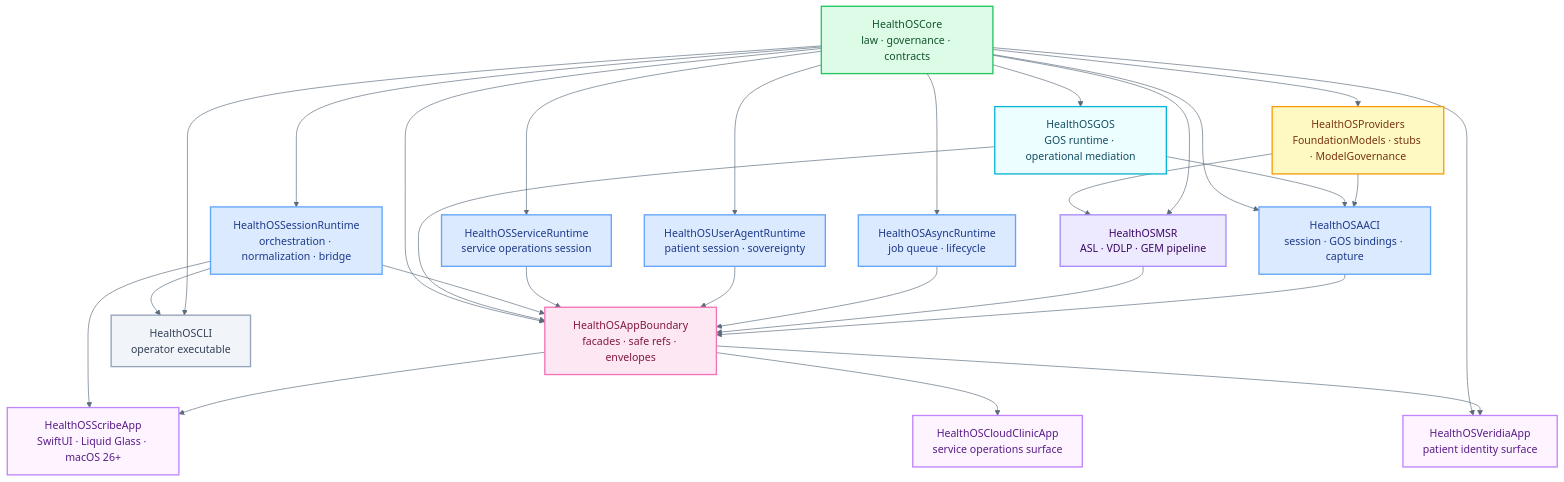
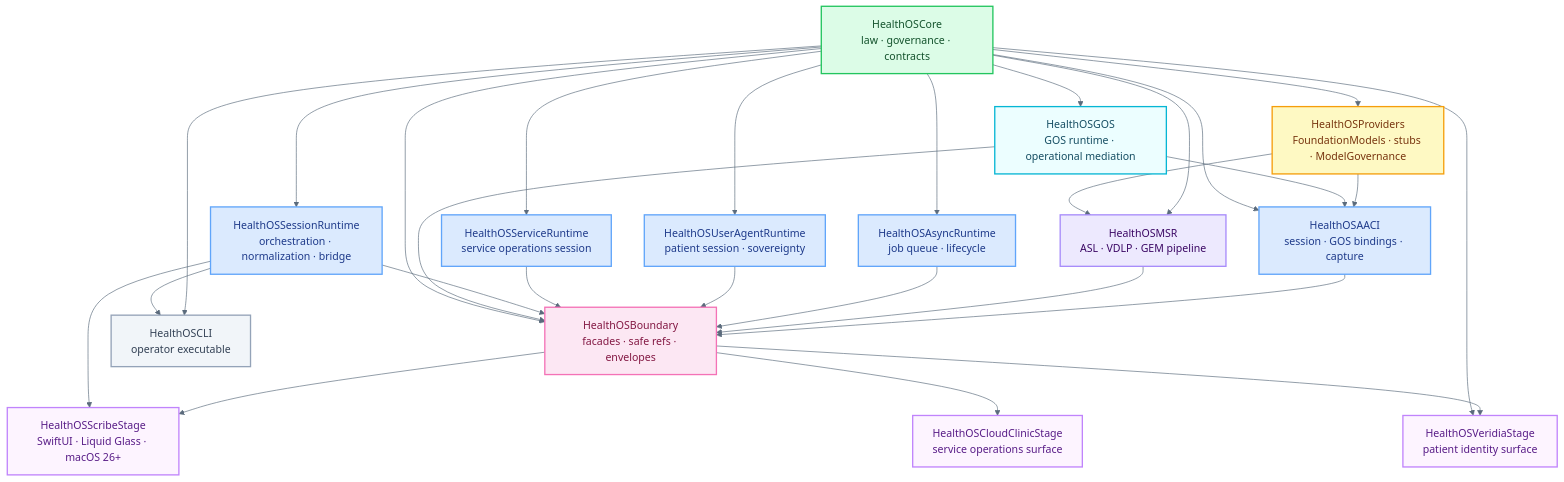
The diagram in swift/README.md (myselfgus/HealthOScaffold), drawn with Mermaid before and after one commit. The commit also changed other lines of this file and 104 other files, not shown here.

Commit message:
Rename Boundary and Stage targets

````diff
--- a/swift/README.md
+++ b/swift/README.md
@@ -14,41 +14,41 @@
 ```mermaid
 %%{init: {'theme': 'base', 'themeVariables': {'primaryColor': '#F6F8FB', 'primaryBorderColor': '#D6DEE8', 'primaryTextColor': '#1D2733', 'clusterBkg': '#FFFFFF', 'clusterBorder': '#D6DEE8', 'lineColor': '#5B6B7C', 'edgeLabelBackground': '#F6F8FB', 'fontFamily': 'ui-rounded, -apple-system, BlinkMacSystemFont, sans-serif'}}}%%
 graph TD
     classDef core     fill:#dcfce7,stroke:#22c55e,stroke-width:2px,color:#14532d
     classDef runtime  fill:#dbeafe,stroke:#60a5fa,stroke-width:2px,color:#1e3a8a
     classDef gos      fill:#ecfeff,stroke:#06b6d4,stroke-width:2px,color:#164e63
     classDef provider fill:#fef9c3,stroke:#f59e0b,stroke-width:2px,color:#78350f
     classDef msr      fill:#ede9fe,stroke:#a78bfa,stroke-width:2px,color:#3b0764
     classDef boundary fill:#fce7f3,stroke:#f472b6,stroke-width:2px,color:#831843
     classDef app      fill:#fdf4ff,stroke:#c084fc,stroke-width:2px,color:#581c87
     classDef cli      fill:#f1f5f9,stroke:#94a3b8,stroke-width:2px,color:#334155
 
     CORE[HealthOSCore\nlaw · governance · contracts]:::core
 
     PROV[HealthOSProviders\nFoundationModels · stubs · ModelGovernance]:::provider
     GOS[HealthOSGOS\nGOS runtime · operational mediation]:::gos
     AACI[HealthOSAACI\nsession · GOS bindings · capture]:::runtime
     MSR[HealthOSMSR\nASL · VDLP · GEM pipeline]:::msr
     ASYNC[HealthOSAsyncRuntime\njob queue · lifecycle]:::runtime
     UAR[HealthOSUserAgentRuntime\npatient session · sovereignty]:::runtime
     SVR[HealthOSServiceRuntime\nservice operations session]:::runtime
     SRT[HealthOSSessionRuntime\norchestration · normalization · bridge]:::runtime
 
-    AB[HealthOSAppBoundary\nfacades · safe refs · envelopes]:::boundary
+    AB[HealthOSBoundary\nfacades · safe refs · envelopes]:::boundary
 
     CLI[HealthOSCLI\noperator executable]:::cli
-    SCRIBE[HealthOSScribeApp\nSwiftUI · Liquid Glass · macOS 26+]:::app
-    VERIDIA[HealthOSVeridiaApp\npatient identity surface]:::app
-    CC[HealthOSCloudClinicApp\nservice operations surface]:::app
+    SCRIBE[HealthOSScribeStage\nSwiftUI · Liquid Glass · macOS 26+]:::app
+    VERIDIA[HealthOSVeridiaStage\npatient identity surface]:::app
+    CC[HealthOSCloudClinicStage\nservice operations surface]:::app
 
     CORE --> PROV & GOS & MSR & ASYNC & UAR & SVR & SRT
     PROV --> AACI & MSR
     GOS --> AACI
     CORE --> AACI
     AACI & MSR & ASYNC & UAR & SVR & SRT --> AB
     GOS & CORE --> AB
     CORE & SRT --> CLI
     AB & SRT --> SCRIBE
     AB & CORE --> VERIDIA
     AB --> CC
 ```
````
